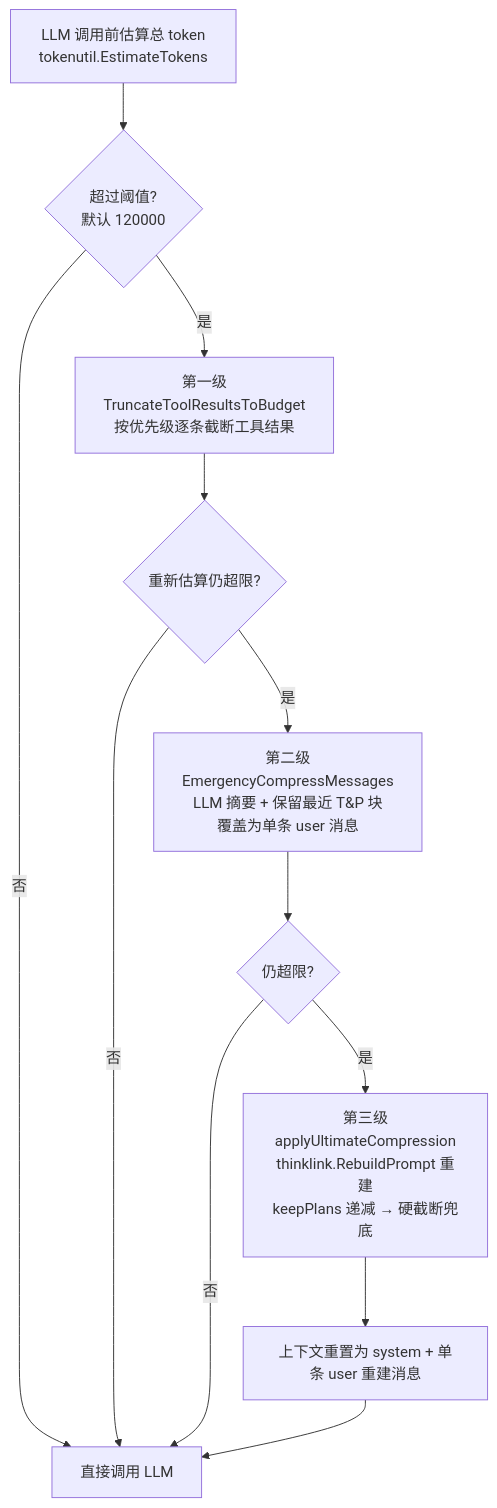
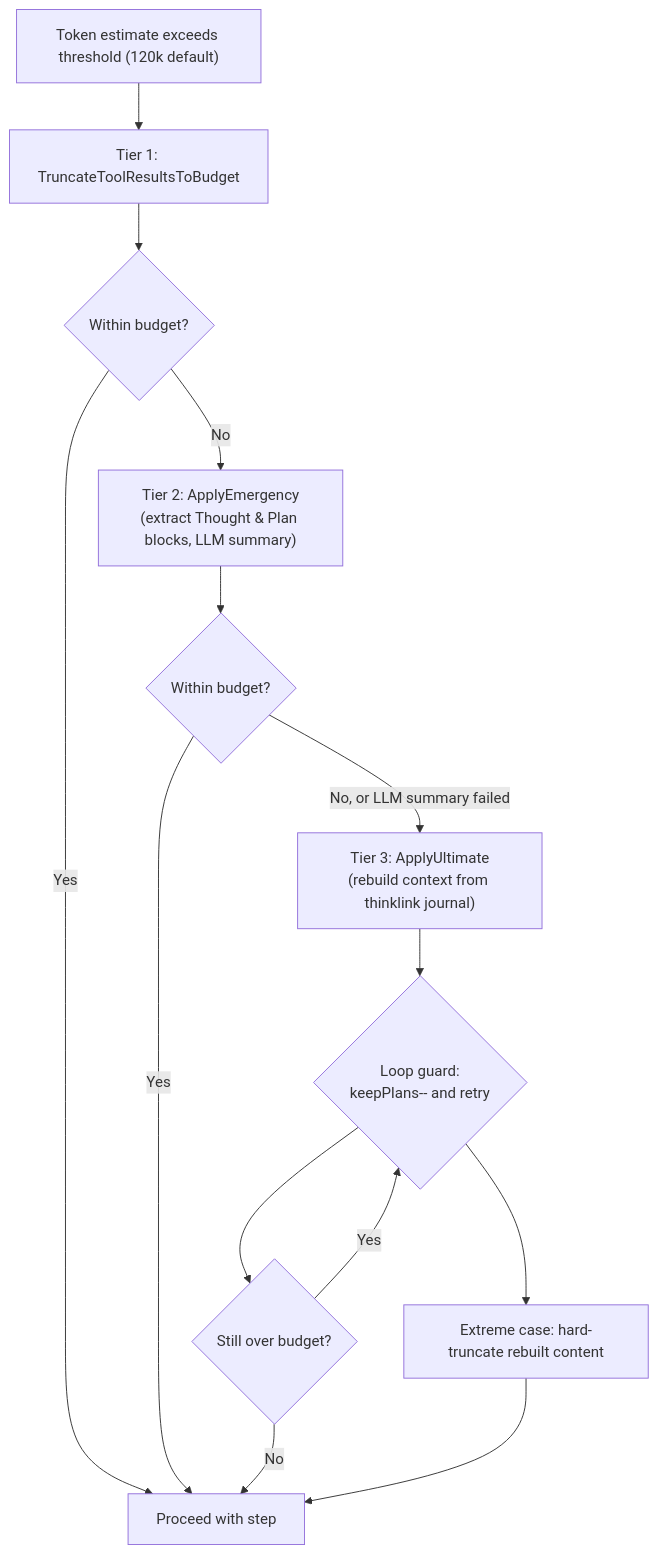
One commit to iohub/Yagent changed the seventh of 10 diagrams in docs/ARCHITECTURE.md. Above: the diagram before and after it, drawn with Mermaid. The commit also changed other lines of this file, not shown here.

First line of the commit message:
docs(architecture): rewrite Chinese arch doc to match English v2.0.0

````diff
--- a/docs/ARCHITECTURE.md
+++ b/docs/ARCHITECTURE.md
@@ -892,14 +1193,16 @@
 ```mermaid
 flowchart TD
-    A[LLM 调用前估算总 token<br/>tokenutil.EstimateTokens] --> B{超过阈值?<br/>默认 120000}
-    B -->|否| Z[直接调用 LLM]
-    B -->|是| C[第一级<br/>TruncateToolResultsToBudget<br/>按优先级逐条截断工具结果]
-    C --> D{重新估算仍超限?}
-    D -->|否| Z
-    D -->|是| E["第二级<br/>EmergencyCompressMessages<br/>LLM 摘要 + 保留最近 T&amp;P 块<br/>覆盖为单条 user 消息"]
-    E --> F{仍超限?}
-    F -->|否| Z
-    F -->|是| G[第三级<br/>applyUltimateCompression<br/>thinklink.RebuildPrompt 重建<br/>keepPlans 递减 → 硬截断兜底]
-    G --> H[上下文重置为 system + 单条 user 重建消息]
-    H --> Z
+    A["Token estimate exceeds threshold (120k default)"] --> B["Tier 1: TruncateToolResultsToBudget"]
+    B --> C{"Within budget?"}
+    C -->|Yes| OK["Proceed with step"]
+    C -->|No| D["Tier 2: ApplyEmergency<br/>(extract Thought & Plan blocks, LLM summary)"]
+    D --> E{"Within budget?"}
+    E -->|Yes| OK
+    E -->|"No, or LLM summary failed"| F["Tier 3: ApplyUltimate<br/>(rebuild context from thinklink journal)"]
+    F --> G{"Loop guard:<br/>keepPlans-- and retry"}
+    G --> H{"Still over budget?"}
+    H -->|Yes| G
+    H -->|No| OK
+    G --> I["Extreme case: hard-truncate rebuilt content"]
+    I --> OK
 ```
````
